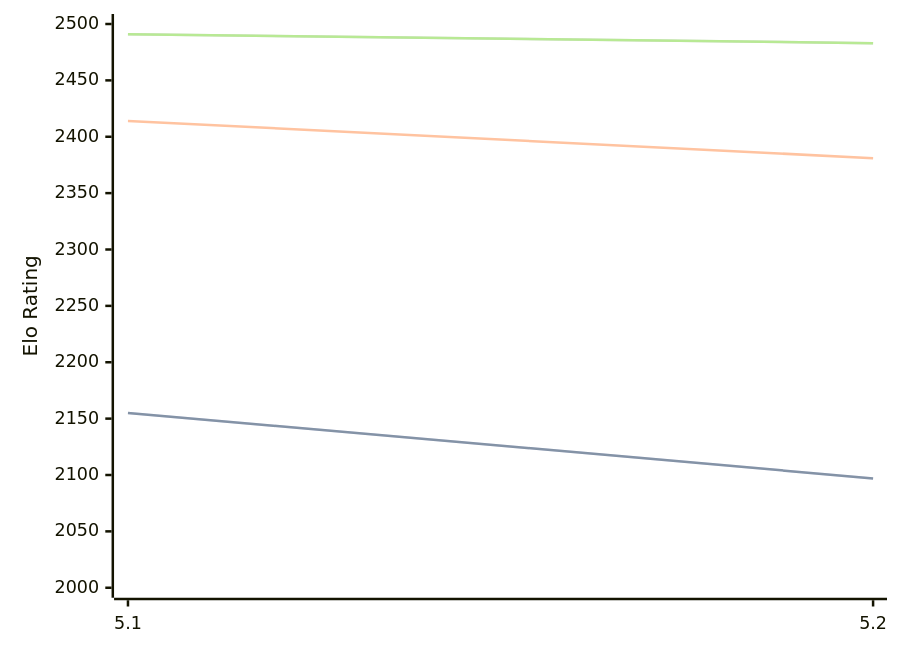
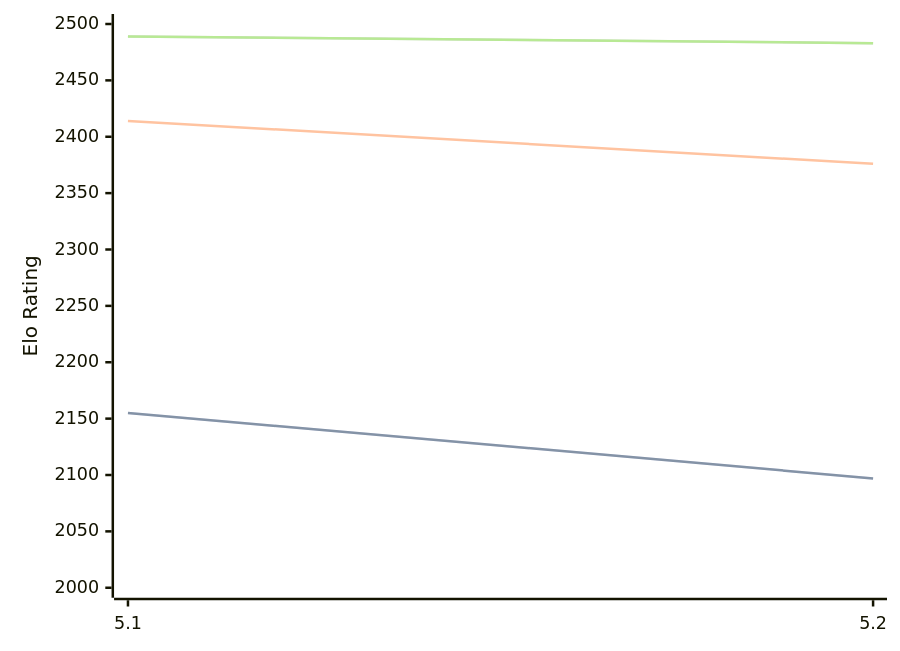
The diagram in engines/Prophet.md (computer-chess-index/cci), drawn with Mermaid before and after one commit. The commit also changed other lines of this file, not shown here.

Commit message:
Update CCI Ratings (ELO VLTC) - 2026-08-03

````diff
--- a/engines/Prophet.md
+++ b/engines/Prophet.md
@@ -38,11 +38,11 @@
 ```mermaid
 %%{init: {"theme":"base","themeVariables":{"seriesColors:['#a3a3a3','#222221','#faa371']}}}%%
 xychart-beta
   x-axis ["5.1", "5.2"]
   y-axis "Elo Rating" 2000 --> 2500
   line "STC (8.0+0.08s)" [2155, 2097]
   line "STC (8.0+0.08s)" [2155, 2097]
-  line "LTC (60.0+0.60s)" [2414, 2381]
-  line "VLTC (2m24s+1.12s)" [2491, 2483]
-  line "VLTC (2m24s+1.12s)" [2491, 2483]
+  line "LTC (60.0+0.60s)" [2414, 2376]
+  line "VLTC (2m24s+1.12s)" [2489, 2483]
+  line "VLTC (2m24s+1.12s)" [2489, 2483]
 ```
````
